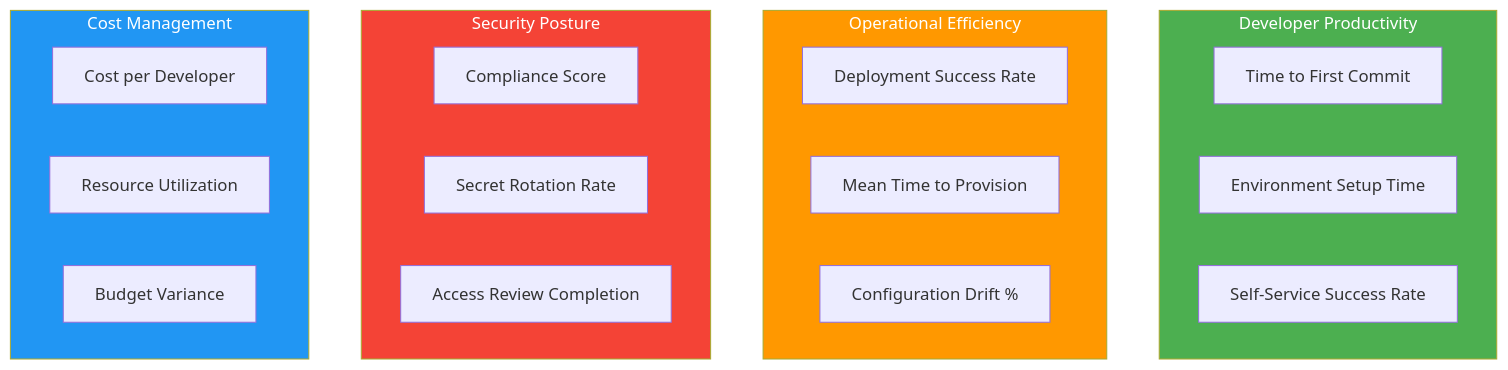
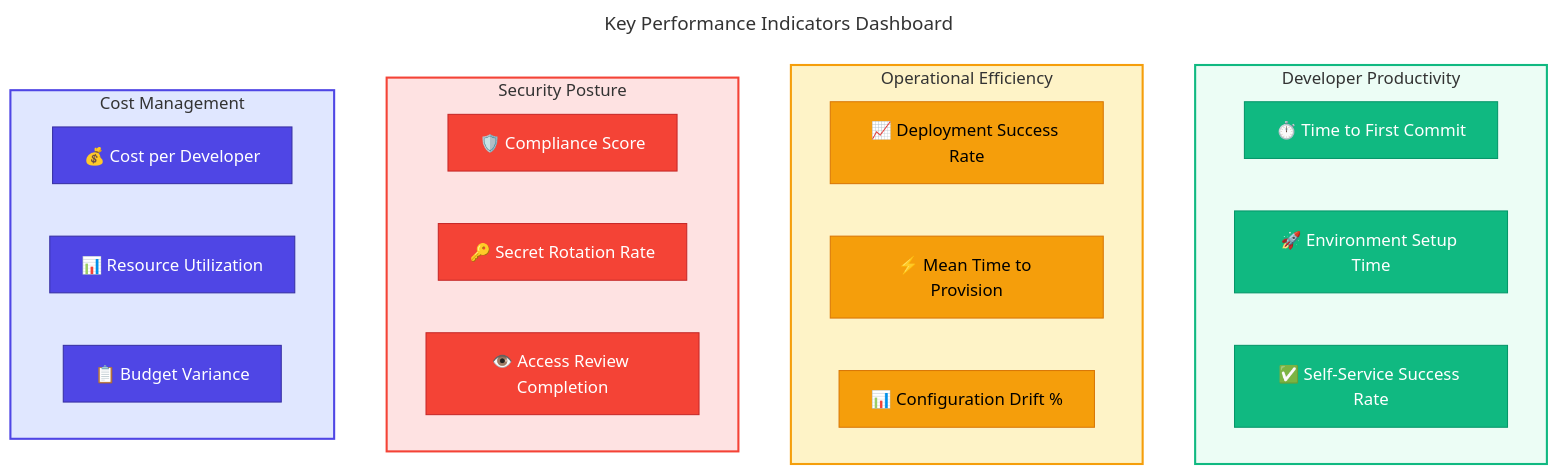
The sixth of 6 diagrams in docs/architecture/01-business-architecture.md (Evilazaro/DevExp-DevBox), drawn with Mermaid before and after one commit. The commit also changed 1 other file, not shown here.

Commit message:
Enhance Key Performance Indicators documentation by adding emojis for better visualization and improving diagram styles for clarity.

````diff
--- a/docs/architecture/01-business-architecture.md
+++ b/docs/architecture/01-business-architecture.md
@@ -472,31 +472,50 @@
 ```mermaid
+---
+title: Key Performance Indicators Dashboard
+---
 flowchart TB
+    %% ===== DEVELOPER PRODUCTIVITY KPIs =====
     subgraph Developer["Developer Productivity"]
-        KPI1["Time to First Commit"]
-        KPI2["Environment Setup Time"]
-        KPI3["Self-Service Success Rate"]
+        KPI1["⏱️ Time to First Commit"]
+        KPI2["🚀 Environment Setup Time"]
+        KPI3["✅ Self-Service Success Rate"]
     end
     
+    %% ===== OPERATIONAL EFFICIENCY KPIs =====
     subgraph Operations["Operational Efficiency"]
-        KPI4["Deployment Success Rate"]
-        KPI5["Mean Time to Provision"]
-        KPI6["Configuration Drift %"]
+        KPI4["📈 Deployment Success Rate"]
+        KPI5["⚡ Mean Time to Provision"]
+        KPI6["📊 Configuration Drift %"]
     end
     
+    %% ===== SECURITY POSTURE KPIs =====
     subgraph Security["Security Posture"]
-        KPI7["Compliance Score"]
-        KPI8["Secret Rotation Rate"]
-        KPI9["Access Review Completion"]
+        KPI7["🛡️ Compliance Score"]
+        KPI8["🔑 Secret Rotation Rate"]
+        KPI9["👁️ Access Review Completion"]
     end
     
+    %% ===== COST MANAGEMENT KPIs =====
     subgraph Cost["Cost Management"]
-        KPI10["Cost per Developer"]
-        KPI11["Resource Utilization"]
-        KPI12["Budget Variance"]
+        KPI10["💰 Cost per Developer"]
+        KPI11["📊 Resource Utilization"]
+        KPI12["📋 Budget Variance"]
     end
     
-    style Developer fill:#4CAF50,color:#fff
-    style Operations fill:#FF9800,color:#fff
-    style Security fill:#F44336,color:#fff
-    style Cost fill:#2196F3,color:#fff
+    %% ===== STYLES =====
+    classDef primary fill:#4F46E5,stroke:#3730A3,color:#FFFFFF
+    classDef secondary fill:#10B981,stroke:#059669,color:#FFFFFF
+    classDef failed fill:#F44336,stroke:#C62828,color:#FFFFFF
+    classDef datastore fill:#F59E0B,stroke:#D97706,color:#000000
+    
+    class KPI1,KPI2,KPI3 secondary
+    class KPI4,KPI5,KPI6 datastore
+    class KPI7,KPI8,KPI9 failed
+    class KPI10,KPI11,KPI12 primary
+    
+    %% ===== SUBGRAPH STYLES =====
+    style Developer fill:#ECFDF5,stroke:#10B981,stroke-width:2px
+    style Operations fill:#FEF3C7,stroke:#F59E0B,stroke-width:2px
+    style Security fill:#FEE2E2,stroke:#F44336,stroke-width:2px
+    style Cost fill:#E0E7FF,stroke:#4F46E5,stroke-width:2px
 ```
````
